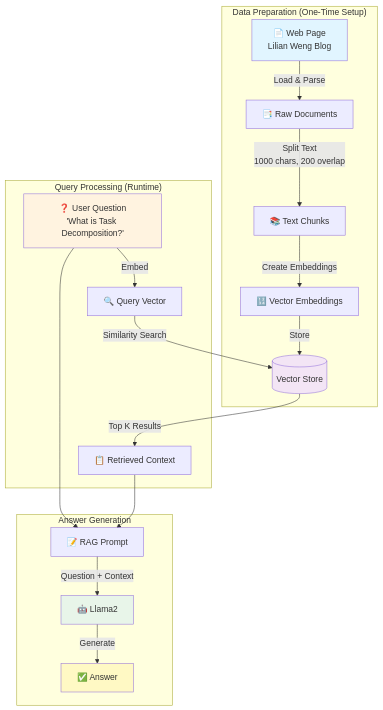
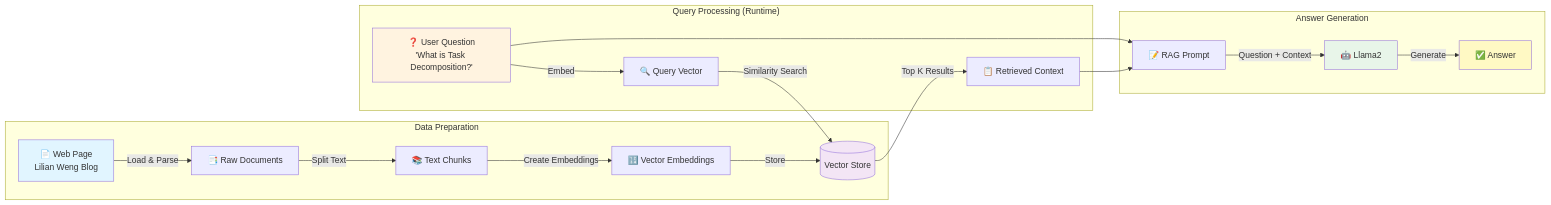
The first of 2 diagrams in README.md (roypr-ma/rag-demo), drawn with Mermaid before and after one commit. The commit also changed other lines of this file, not shown here.

````diff
--- a/README.md
+++ b/README.md
@@ -150,28 +149,28 @@
 ```mermaid
-graph TB
-    subgraph "Data Preparation (One-Time Setup)"
+graph LR
+    subgraph "Data Preparation"
         A[📄 Web Page<br/>Lilian Weng Blog] -->|Load & Parse| B[📑 Raw Documents]
-        B -->|Split Text<br/>1000 chars, 200 overlap| C[📚 Text Chunks]
+        B -->|Split Text<br/>| C[📚 Text Chunks]
         C -->|Create Embeddings| D[🔢 Vector Embeddings]
         D -->|Store| E[(Vector Store)]
     end
     
     subgraph "Query Processing (Runtime)"
         F[❓ User Question<br/>'What is Task Decomposition?'] -->|Embed| G[🔍 Query Vector]
         G -->|Similarity Search| E
         E -->|Top K Results| H[📋 Retrieved Context]
     end
     
     subgraph "Answer Generation"
         F --> I[📝 RAG Prompt]
         H --> I
         I -->|Question + Context| J[🤖 Llama2]
         J -->|Generate| K[✅ Answer]
     end
     
     style A fill:#e1f5ff
     style F fill:#fff3e0
     style E fill:#f3e5f5
     style J fill:#e8f5e9
     style K fill:#fff9c4
 ```
````
